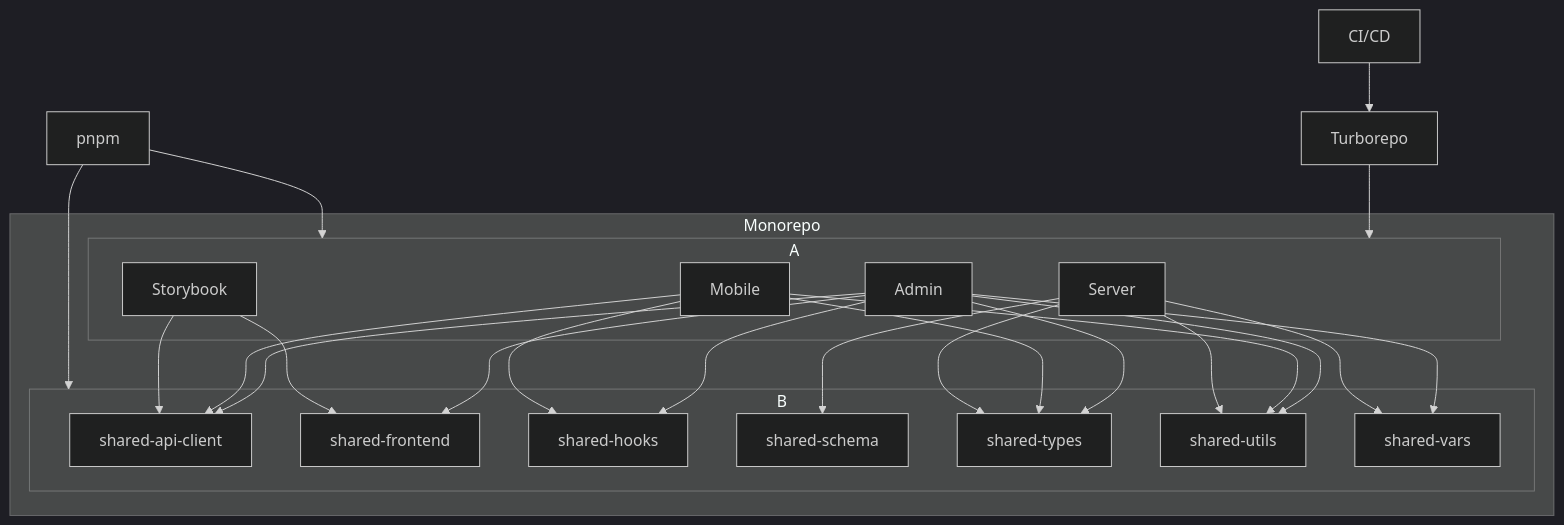
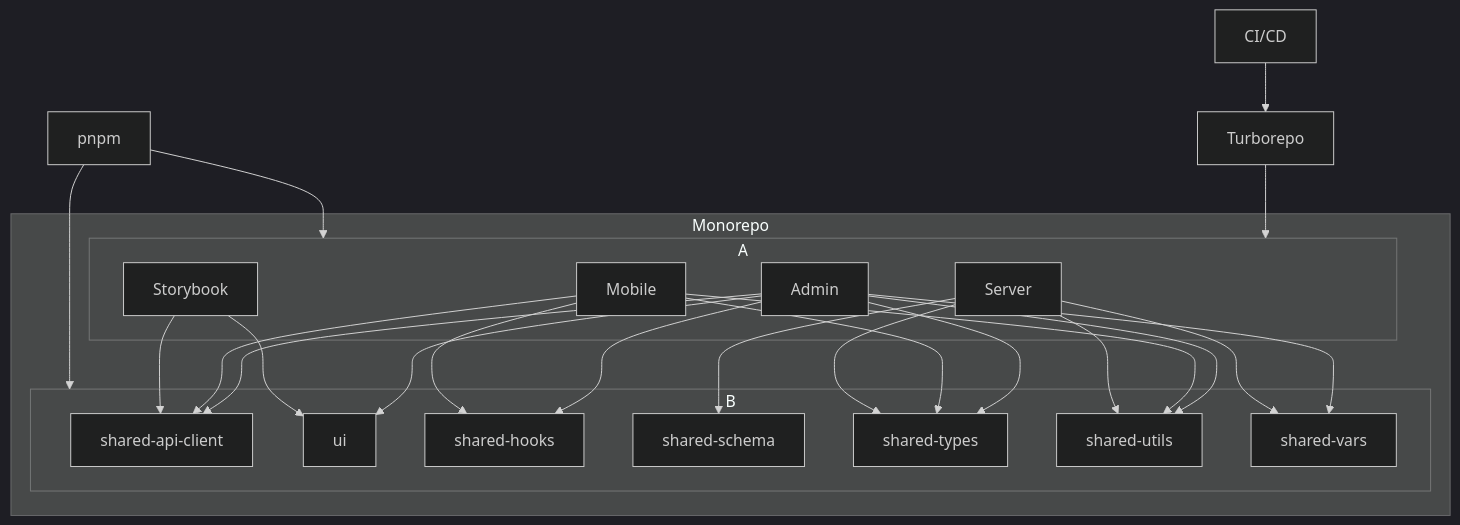
Before and after one commit to kimjoongwon/prj-core: the ninth of 10 diagrams in .qoder/repowiki/en/content/Technology Stack.md, drawn with Mermaid (dark theme). The commit also changed other lines of this file and 56 other files, not shown here.

````diff
--- a/.qoder/repowiki/en/content/Technology Stack.md
+++ b/.qoder/repowiki/en/content/Technology Stack.md
@@ -543,42 +575,42 @@
 ```mermaid
 graph TD
 subgraph Monorepo
 A[Apps]
 B[Packages]
 subgraph A
 A1[Admin]
 A2[Mobile]
 A3[Server]
 A4[Storybook]
 end
 subgraph B
 B1[shared-api-client]
-B2[shared-frontend]
+B2[ui]
 B3[shared-hooks]
 B4[shared-schema]
 B5[shared-types]
 B6[shared-utils]
 B7[shared-vars]
 end
 A1 --> B1
 A1 --> B2
 A1 --> B3
 A1 --> B5
 A1 --> B6
 A1 --> B7
 A2 --> B1
 A2 --> B3
 A2 --> B5
 A2 --> B6
 A3 --> B4
 A3 --> B5
 A3 --> B6
 A3 --> B7
 A4 --> B1
 A4 --> B2
 end
 C[Turborepo] --> A
 D[pnpm] --> A
 D --> B
 E[CI/CD] --> C
 ```
````
